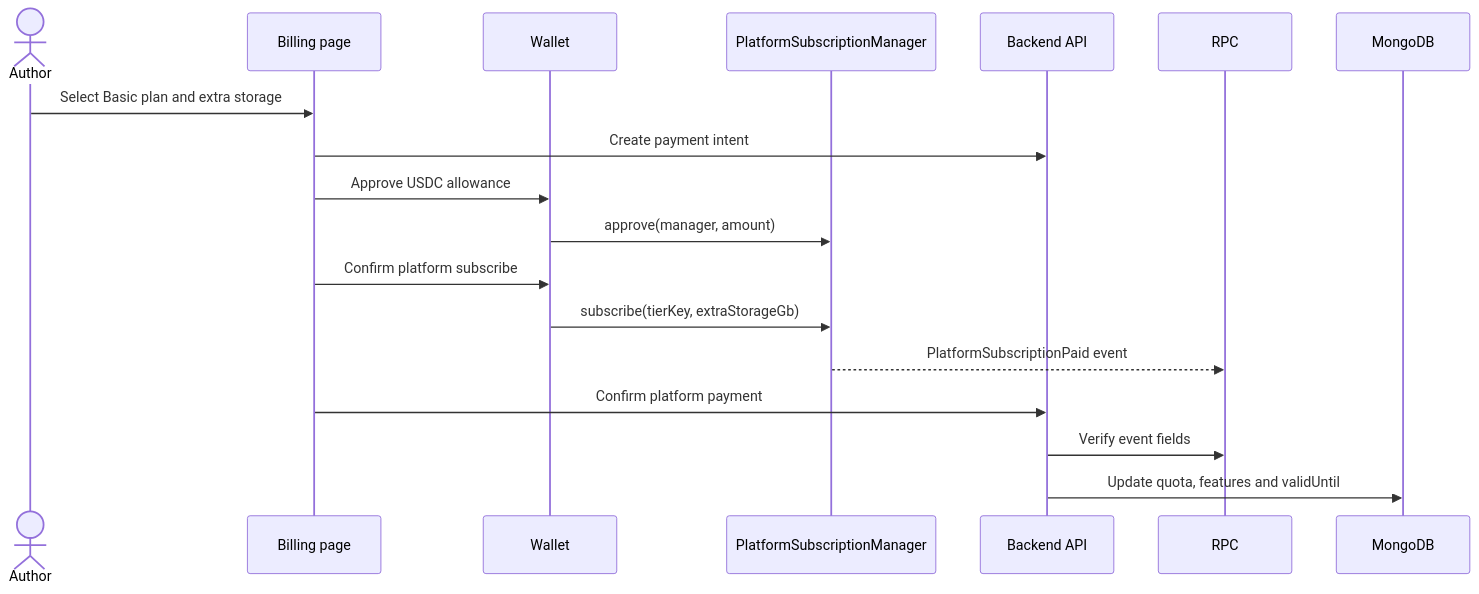
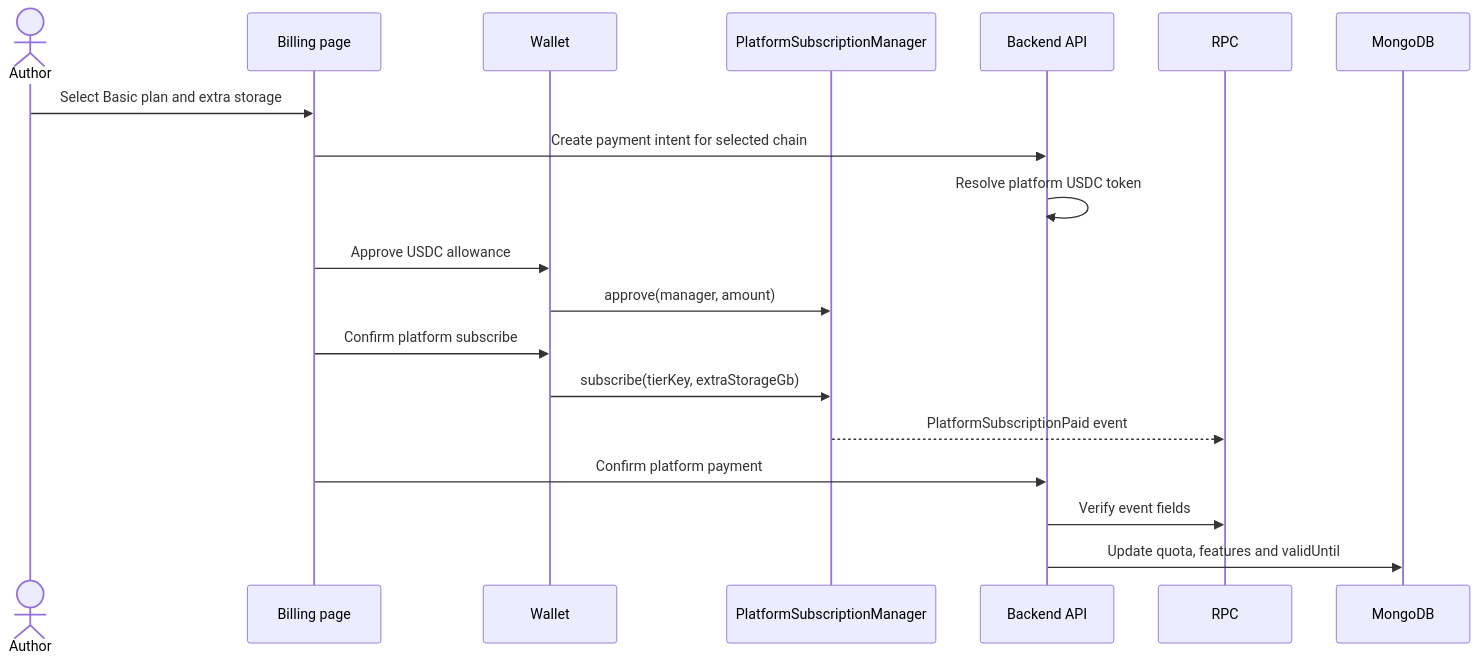
The third of 4 diagrams in documentation/flows/index.md (akhmetovKamil/useContent), drawn with Mermaid before and after one commit. The commit also changed other lines of this file and 8 other files, not shown here.

Commit message:
Use USDC only for platform billing

````diff
--- a/documentation/flows/index.md
+++ b/documentation/flows/index.md
@@ -69,21 +69,22 @@
 ```mermaid
 sequenceDiagram
     actor Author
     participant UI as Billing page
     participant Wallet
     participant Manager as PlatformSubscriptionManager
     participant API as Backend API
     participant RPC
     participant DB as MongoDB
 
     Author->>UI: Select Basic plan and extra storage
-    UI->>API: Create payment intent
+    UI->>API: Create payment intent for selected chain
+    API->>API: Resolve platform USDC token
     UI->>Wallet: Approve USDC allowance
     Wallet->>Manager: approve(manager, amount)
     UI->>Wallet: Confirm platform subscribe
     Wallet->>Manager: subscribe(tierKey, extraStorageGb)
     Manager-->>RPC: PlatformSubscriptionPaid event
     UI->>API: Confirm platform payment
     API->>RPC: Verify event fields
     API->>DB: Update quota, features and validUntil
 ```
````
